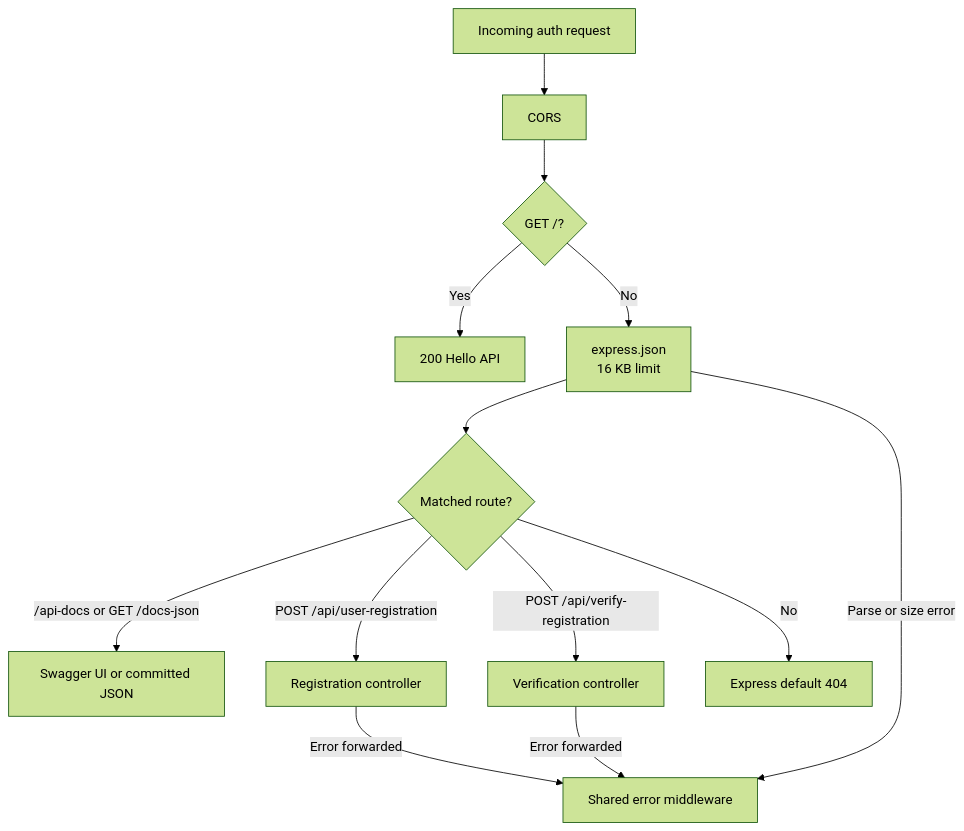
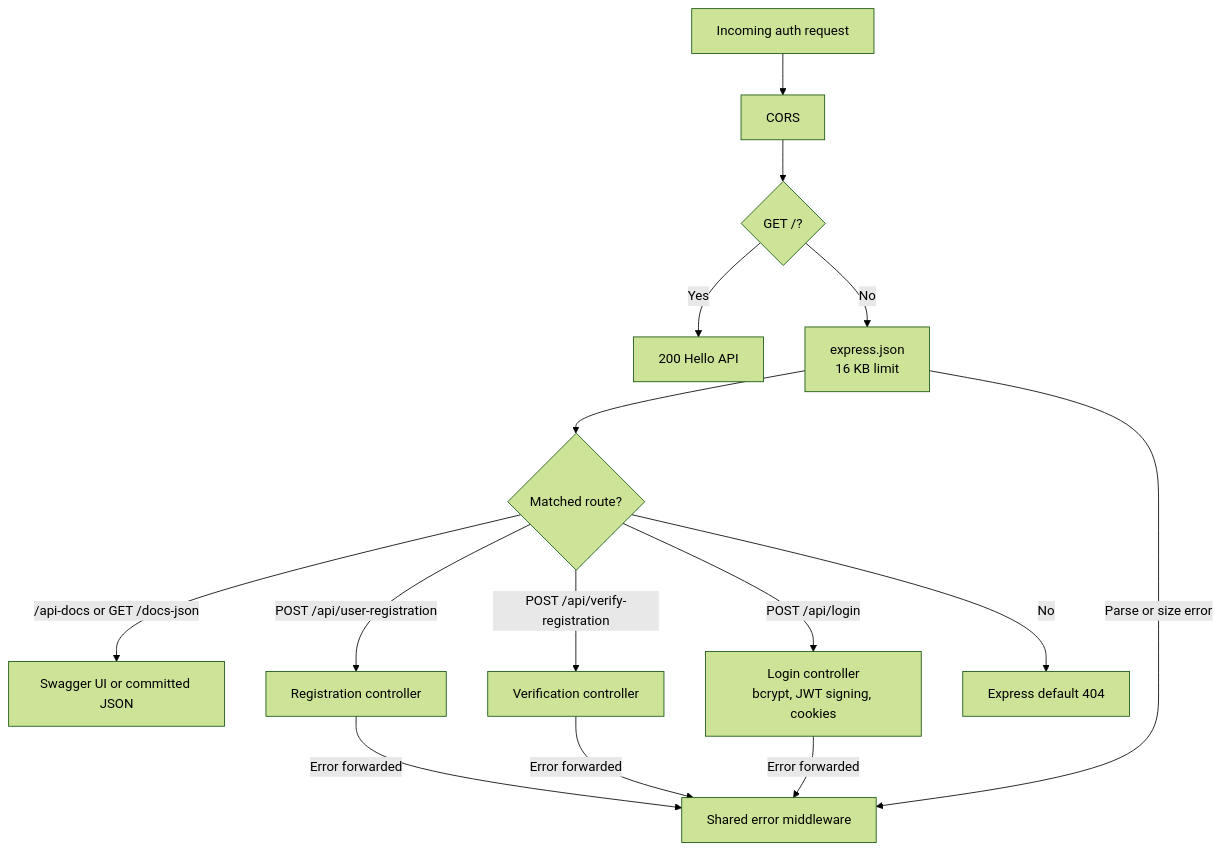
One commit to Kruskal892/Microservice-SaaS-E-commerce changed the second of 6 diagrams in docs/architecture/request-flows.md. Above: the diagram before and after it, drawn with Mermaid (forest theme). The commit also changed other lines of this file and 32 other files, not shown here.

Commit message:
# feat(auth): add login JWT cookies and correct Swagger generation

````diff
--- a/docs/architecture/request-flows.md
+++ b/docs/architecture/request-flows.md
@@ -36,15 +36,17 @@
 ```mermaid
 flowchart TD
     Request["Incoming auth request"] --> CORS["CORS"]
     CORS --> Root{"GET /?"}
     Root -->|Yes| Greeting["200 Hello API"]
     Root -->|No| JSON["express.json<br/>16 KB limit"]
     JSON --> Route{"Matched route?"}
     Route -->|"/api-docs or GET /docs-json"| Swagger["Swagger UI or committed JSON"]
     Route -->|"POST /api/user-registration"| Registration["Registration controller"]
     Route -->|"POST /api/verify-registration"| Verification["Verification controller"]
+    Route -->|"POST /api/login"| Login["Login controller<br/>bcrypt, JWT signing, cookies"]
     Route -->|No| Missing["Express default 404"]
     JSON -->|Parse or size error| Errors["Shared error middleware"]
     Registration -->|Error forwarded| Errors
     Verification -->|Error forwarded| Errors
+    Login -->|Error forwarded| Errors
 ```
````
